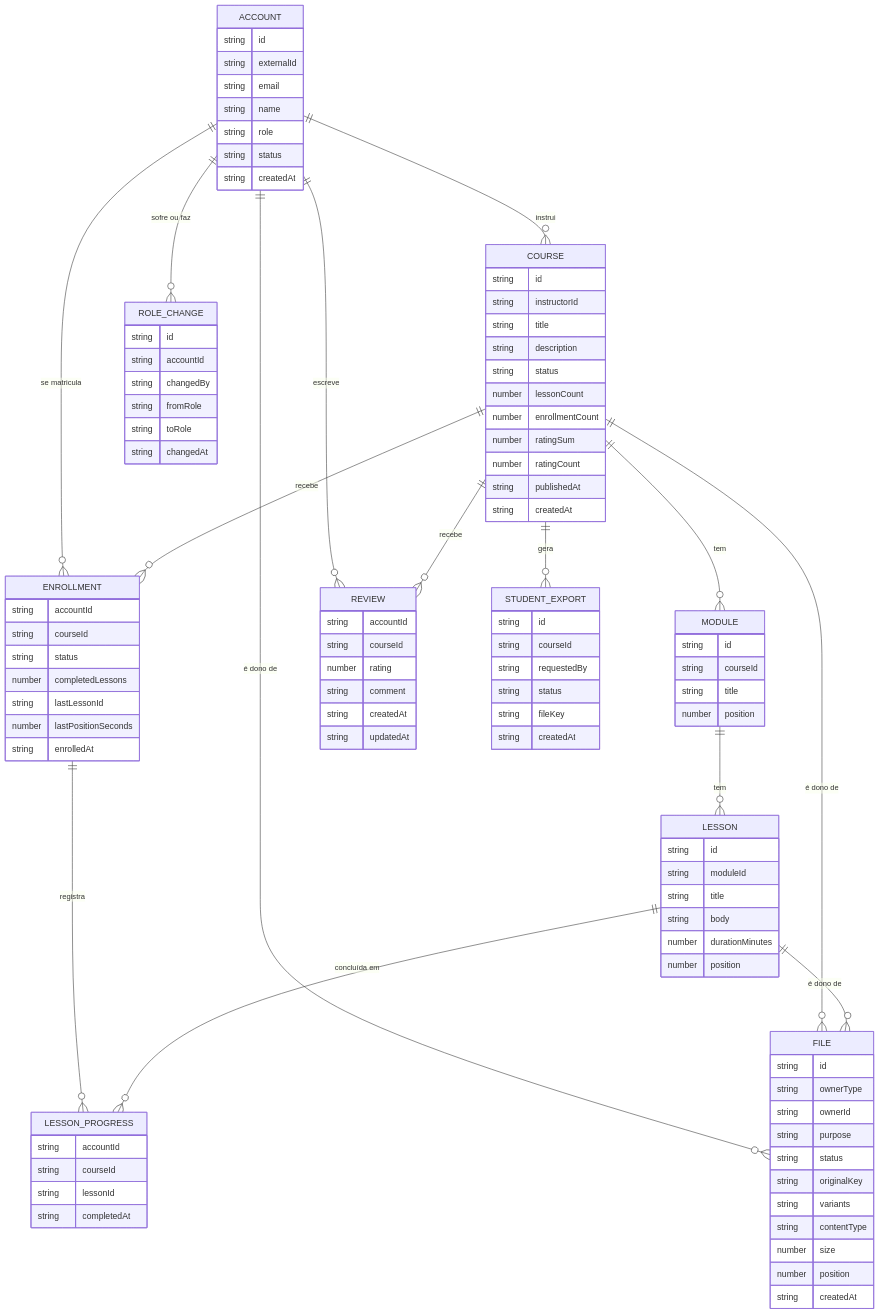
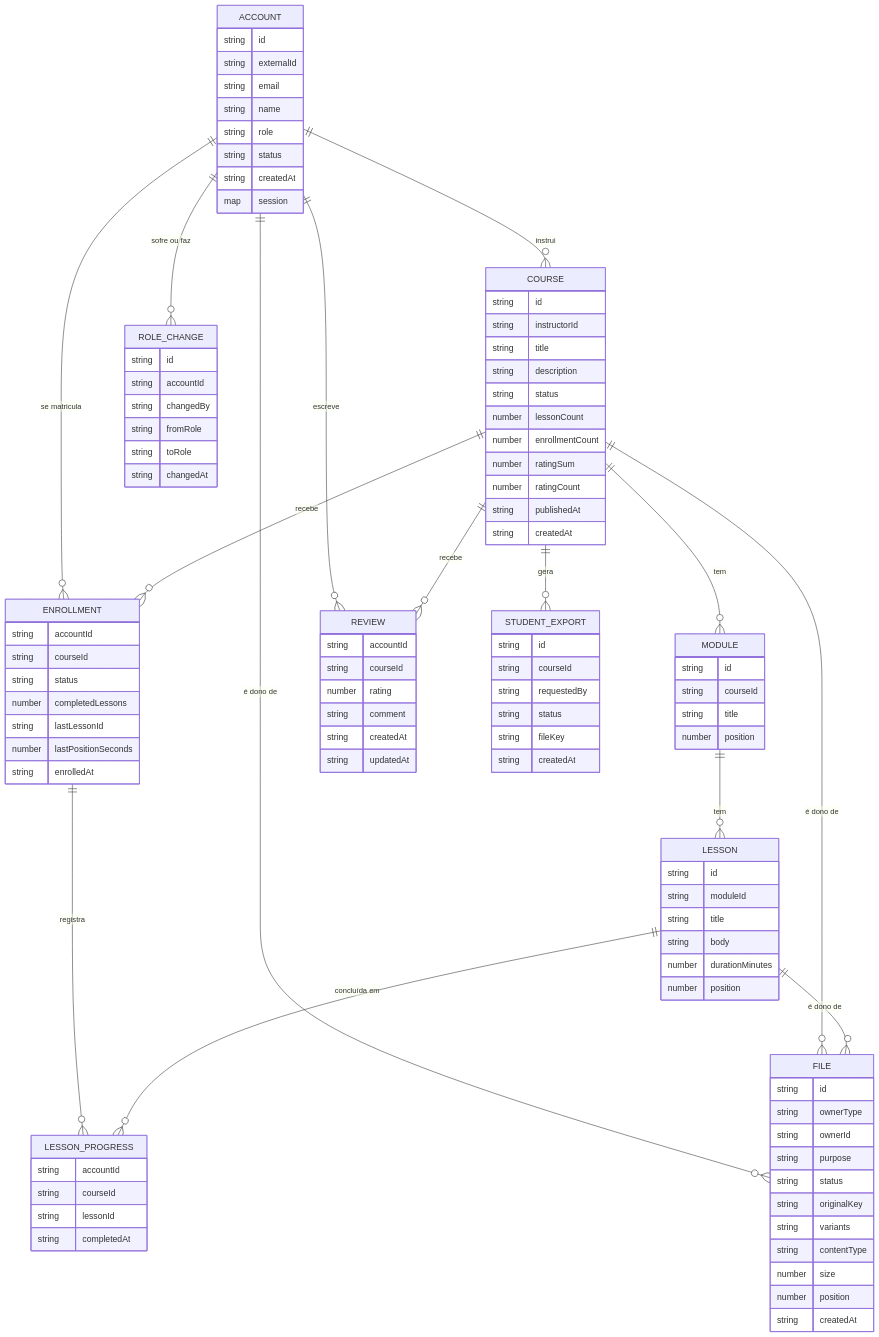
The diagram in docs/data-model.md (joaosoarees/coursary), drawn with Mermaid before and after one commit. The commit also changed other lines of this file, not shown here.

Commit message:
docs: describe the account session in the data model

```diff
--- a/docs/data-model.md
+++ b/docs/data-model.md
@@ -33,6 +33,7 @@
     string role
     string status
     string createdAt
+    map session
   }
   COURSE {
     string id
```
